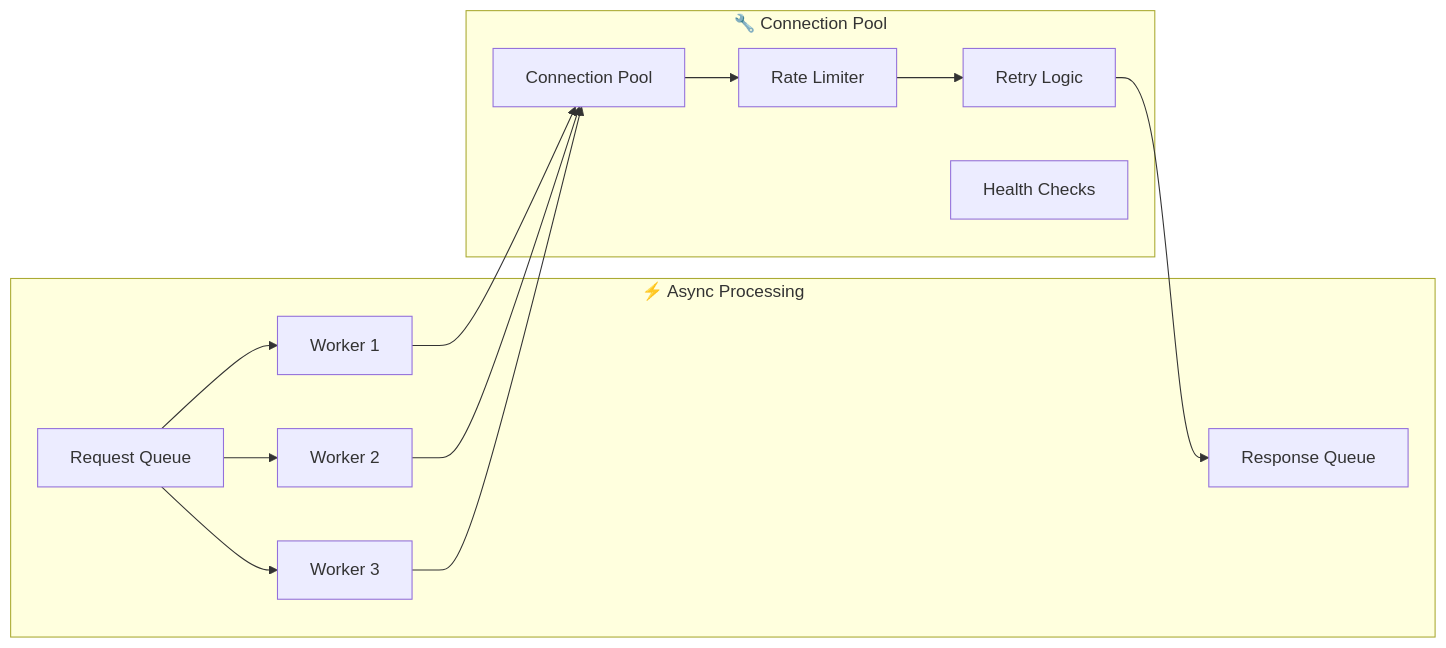
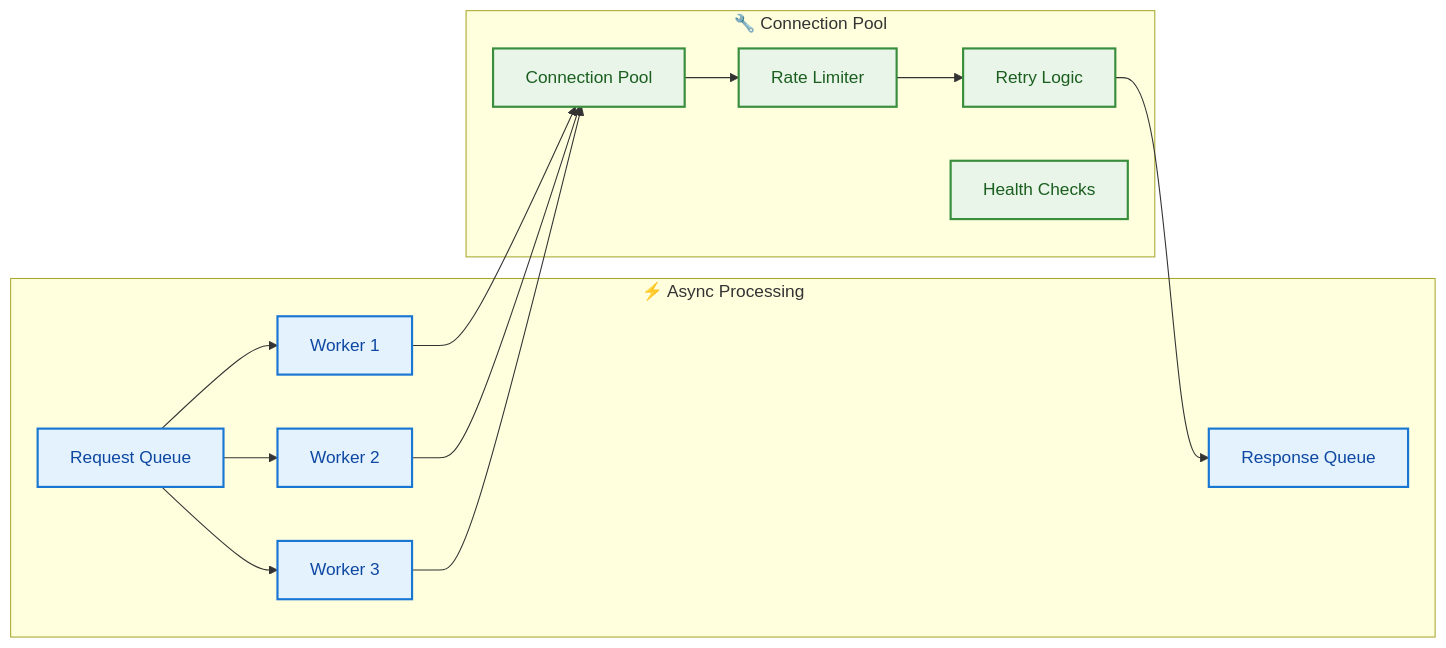
The second of 3 diagrams in docs/TECHNICAL_OVERVIEW.md (khaosans/basic-chat), drawn with Mermaid before and after one commit. The commit also changed other lines of this file and 6 other files, not shown here.

Commit message:
docs: Update documentation for clarity and consistency - Revise links and descriptions in DEVELOPMENT.md, ROADMAP.md, and ARCHITECTURE.md

````diff
--- a/docs/TECHNICAL_OVERVIEW.md
+++ b/docs/TECHNICAL_OVERVIEW.md
@@ -187,29 +196,35 @@
 ```mermaid
 graph LR
     subgraph "⚡ Async Processing"
         REQ[Request Queue]
         WORKER1[Worker 1]
         WORKER2[Worker 2]
         WORKER3[Worker 3]
         RESP[Response Queue]
     end
     
     subgraph "🔧 Connection Pool"
         POOL[Connection Pool]
         LIMITER[Rate Limiter]
         RETRY[Retry Logic]
         HEALTH[Health Checks]
     end
     
     REQ --> WORKER1
     REQ --> WORKER2
     REQ --> WORKER3
     
     WORKER1 --> POOL
     WORKER2 --> POOL
     WORKER3 --> POOL
     
     POOL --> LIMITER
     LIMITER --> RETRY
     RETRY --> RESP
+    
+    classDef processing fill:#E3F2FD,stroke:#1976D2,stroke-width:2px,color:#0D47A1
+    classDef pool fill:#E8F5E8,stroke:#388E3C,stroke-width:2px,color:#1B5E20
+    
+    class REQ,WORKER1,WORKER2,WORKER3,RESP processing
+    class POOL,LIMITER,RETRY,HEALTH pool
 ```
````
